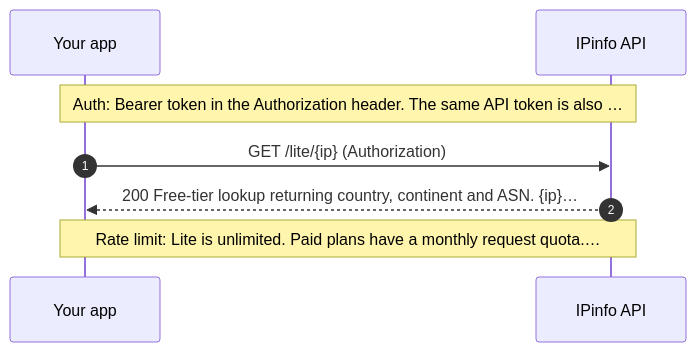
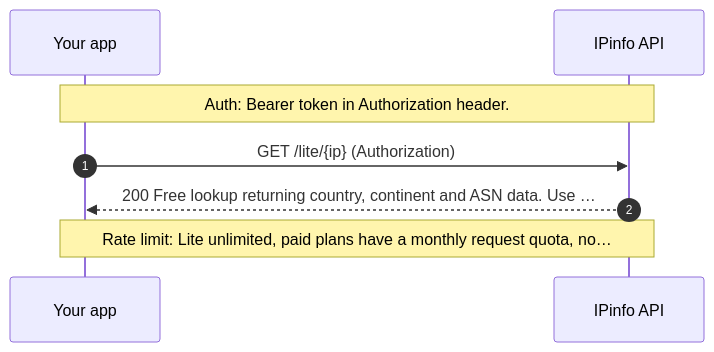
One commit to slavenasimeonova/api-integration-scout changed the diagram in examples/ipinfo/sequence.mmd. Above: the diagram before and after it, drawn with Mermaid. The commit also changed 10 other files, not shown here.

```diff
--- a/examples/ipinfo/sequence.mmd
+++ b/examples/ipinfo/sequence.mmd
@@ -1,8 +1,8 @@
 sequenceDiagram
   autonumber
   participant App as Your app
   participant API as IPinfo API
-  Note over App,API: Auth: Bearer token in the Authorization header. The same API token is also …
+  Note over App,API: Auth: Bearer token in Authorization header.
   App->>API: GET /lite/{ip} (Authorization)
-  API-->>App: 200 Free-tier lookup returning country, continent and ASN. {ip}…
-  Note over App,API: Rate limit: Lite is unlimited. Paid plans have a monthly request quota.…
+  API-->>App: 200 Free lookup returning country, continent and ASN data. Use …
+  Note over App,API: Rate limit: Lite unlimited, paid plans have a monthly request quota, no…
```
